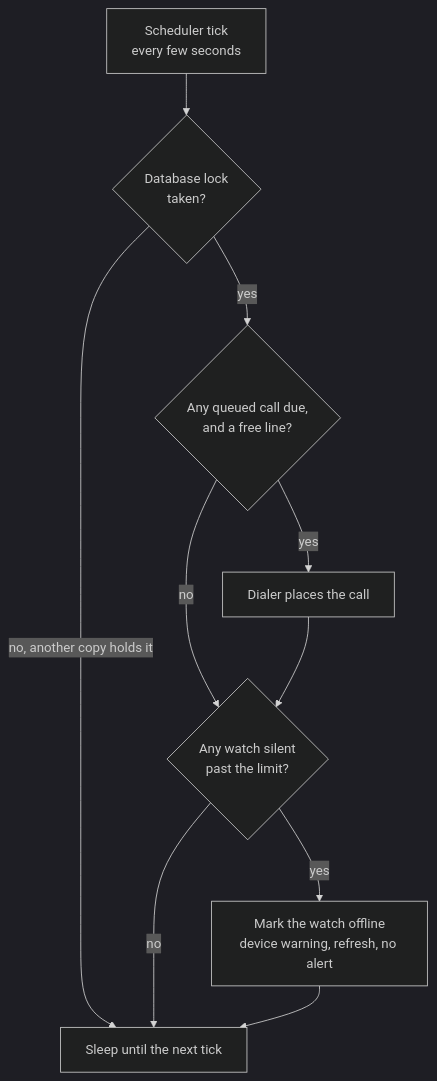
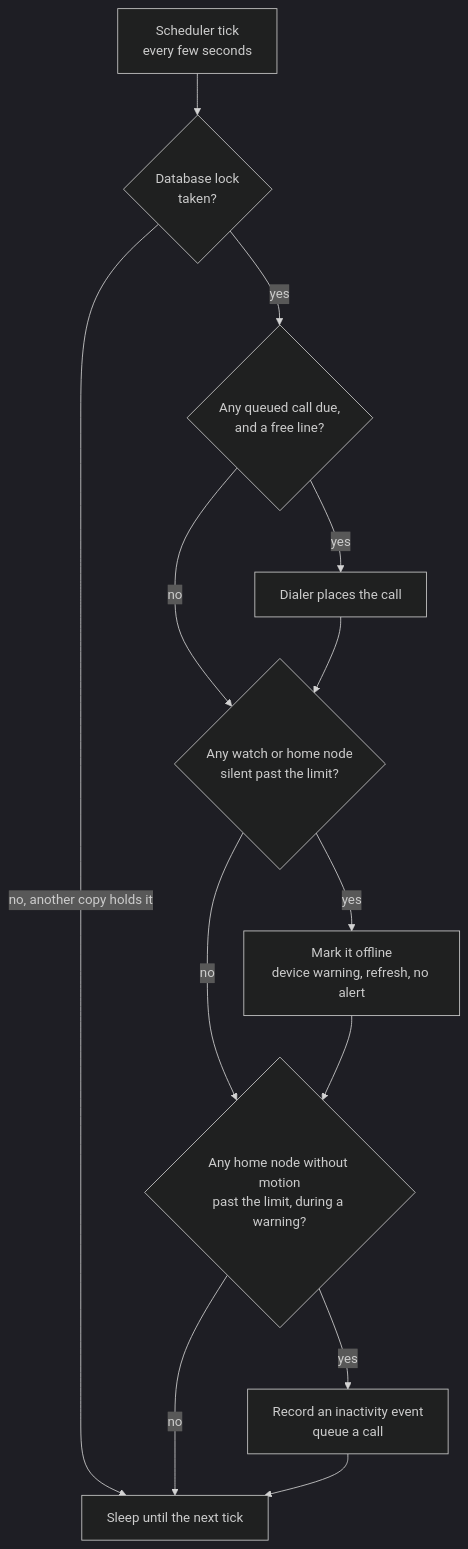
One commit to paulhondola/EchoCare changed the diagram in docs/specs/sentinela/06-operations.md. Above: the diagram before and after it, drawn with Mermaid (dark theme). The commit also changed other lines of this file and 6 other files, not shown here.

Commit message:
docs(spec): add home node, watch fall detection and room temperature check (P19-P22)

````diff
--- a/docs/specs/sentinela/06-operations.md
+++ b/docs/specs/sentinela/06-operations.md
@@ -38,12 +41,15 @@
 ```mermaid
 flowchart TD
     TICK["Scheduler tick<br/>every few seconds"] --> LOCK{"Database lock<br/>taken?"}
     LOCK -->|"no, another copy holds it"| SLEEP["Sleep until the next tick"]
     LOCK -->|yes| DUE{"Any queued call due,<br/>and a free line?"}
     DUE -->|yes| PLACE["Dialer places the call"]
     DUE -->|no| WD
-    PLACE --> WD{"Any watch silent<br/>past the limit?"}
-    WD -->|yes| OFF["Mark the watch offline<br/>device warning, refresh, no alert"]
-    WD -->|no| SLEEP
-    OFF --> SLEEP
+    PLACE --> WD{"Any watch or home node<br/>silent past the limit?"}
+    WD -->|yes| OFF["Mark it offline<br/>device warning, refresh, no alert"]
+    WD -->|no| NM
+    OFF --> NM{"Any home node without motion<br/>past the limit, during a warning?"}
+    NM -->|yes| INA["Record an inactivity event<br/>queue a call"]
+    NM -->|no| SLEEP
+    INA --> SLEEP
 ```
````
